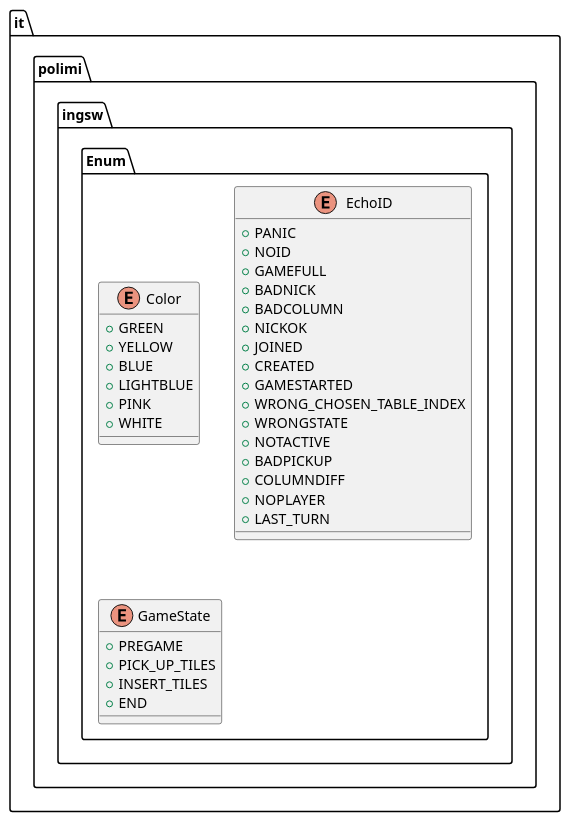
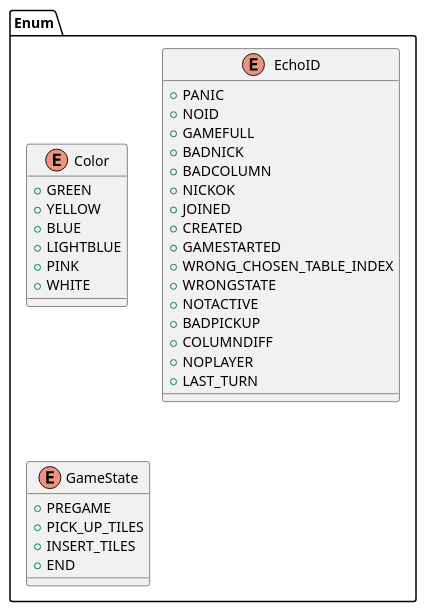
Before and after one commit to SigCatta/MyShelfie: the diagram in src/main/resources/uml/enum.puml, drawn with PlantUML. The commit also changed 14 other files, not shown here.

First line of the commit message:
- updated and corrected uml

```diff
--- a/src/main/resources/uml/enum.puml
+++ b/src/main/resources/uml/enum.puml
@@ -1,34 +1,34 @@
 @startuml
-enum it.polimi.ingsw.Enum.Color {
+enum Enum.Color {
 +  GREEN
 +  YELLOW
 +  BLUE
 +  LIGHTBLUE
 +  PINK
 +  WHITE
 }
-enum it.polimi.ingsw.Enum.EchoID {
+enum Enum.EchoID {
 +  PANIC
 +  NOID
 +  GAMEFULL
 +  BADNICK
 +  BADCOLUMN
 +  NICKOK
 +  JOINED
 +  CREATED
 +  GAMESTARTED
 +  WRONG_CHOSEN_TABLE_INDEX
 +  WRONGSTATE
 +  NOTACTIVE
 +  BADPICKUP
 +  COLUMNDIFF
 +  NOPLAYER
 +  LAST_TURN
 }
-enum it.polimi.ingsw.Enum.GameState {
+enum Enum.GameState {
 +  PREGAME
 +  PICK_UP_TILES
 +  INSERT_TILES
 +  END
 }
 @enduml
```
